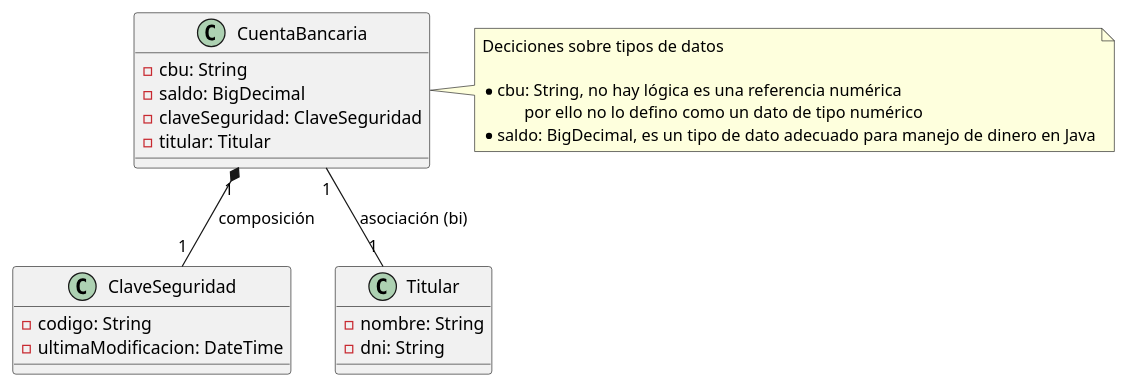
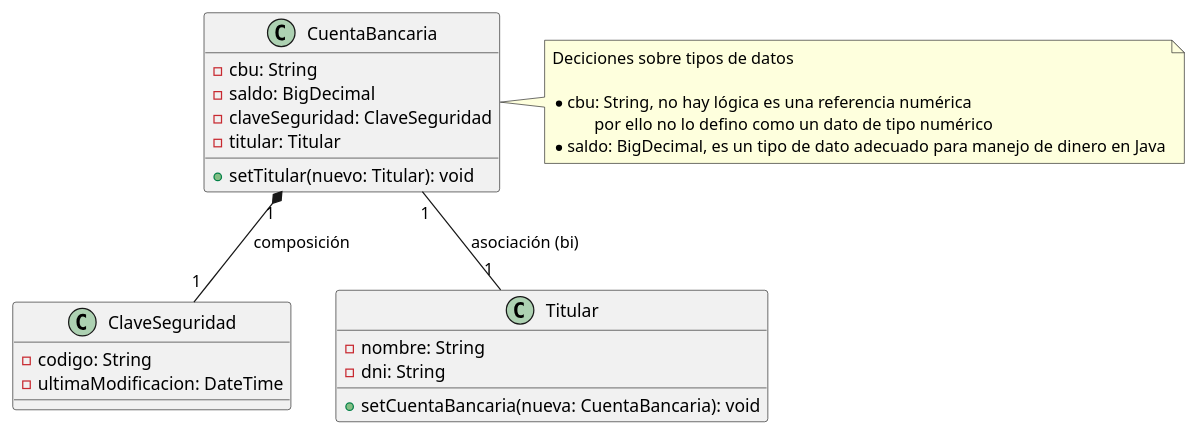
Before and after one commit to guillecampoy/tp5-UML: the diagram in docs/uml/plantuml/10-cuentaBancaria-claveSeguridad-titular.puml, drawn with PlantUML. The commit also changed 13 other files, not shown here.

Commit message:
Se ajustan archivos puml(UML) con nombres de variables, atributos faltantes

```diff
--- a/docs/uml/plantuml/10-cuentaBancaria-claveSeguridad-titular.puml
+++ b/docs/uml/plantuml/10-cuentaBancaria-claveSeguridad-titular.puml
@@ -1,30 +1,32 @@
 @startuml
 class CuentaBancaria {
 -cbu: String
 -saldo: BigDecimal
 -claveSeguridad: ClaveSeguridad
 -titular: Titular
++setTitular(nuevo: Titular): void
 }
 
 class ClaveSeguridad {
 -codigo: String
 -ultimaModificacion: DateTime
 }
 
 class Titular {
 -nombre: String
 -dni: String
++setCuentaBancaria(nueva: CuentaBancaria): void
 }
 
 CuentaBancaria "1" *-- "1" ClaveSeguridad : composición
 CuentaBancaria "1" -- "1" Titular         : asociación (bi)
 
 ' Notas (opcional)
 note right of CuentaBancaria
   Deciciones sobre tipos de datos
 
   * cbu: String, no hay lógica es una referencia numérica
             por ello no lo defino como un dato de tipo numérico
   * saldo: BigDecimal, es un tipo de dato adecuado para manejo de dinero en Java
 end note
 @enduml
```
